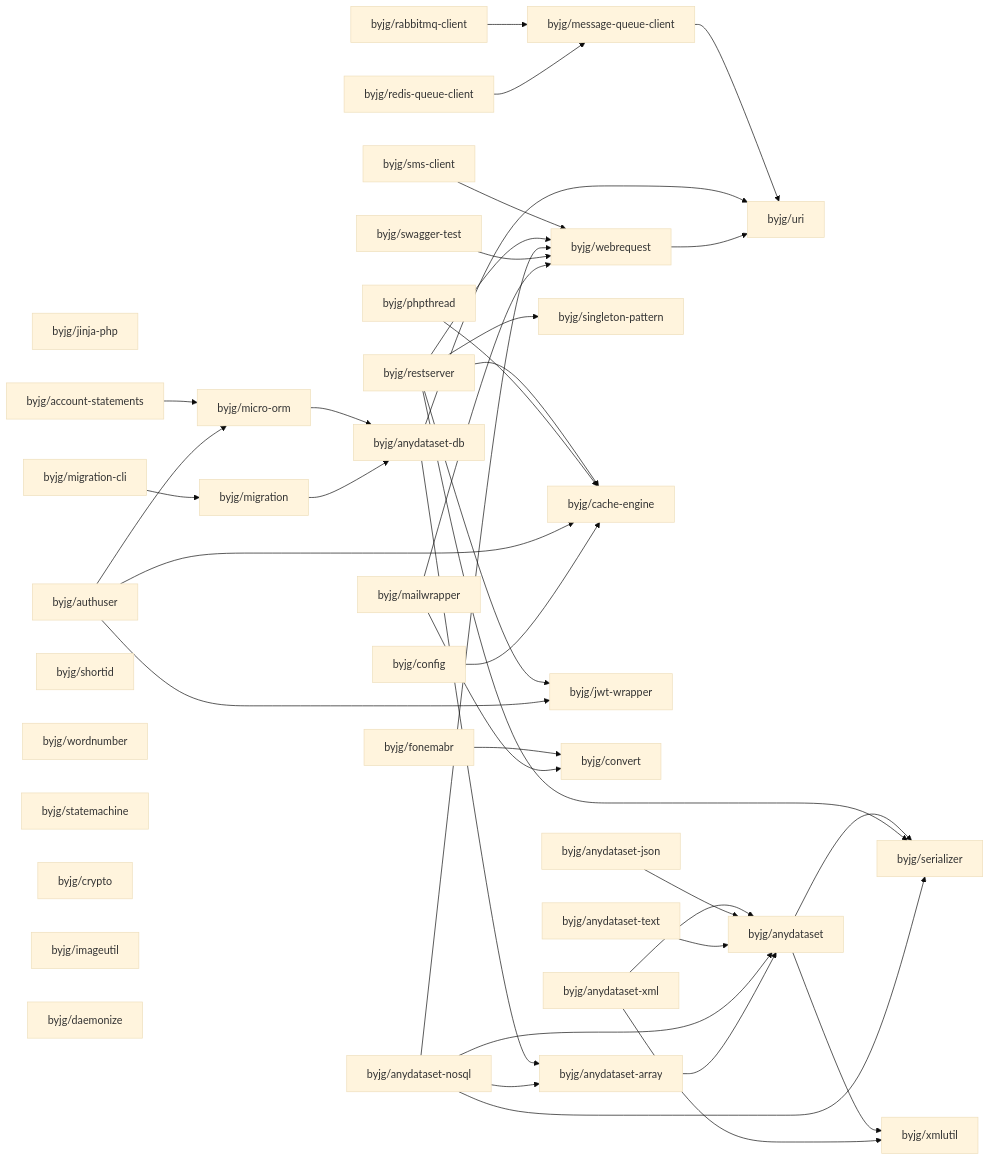
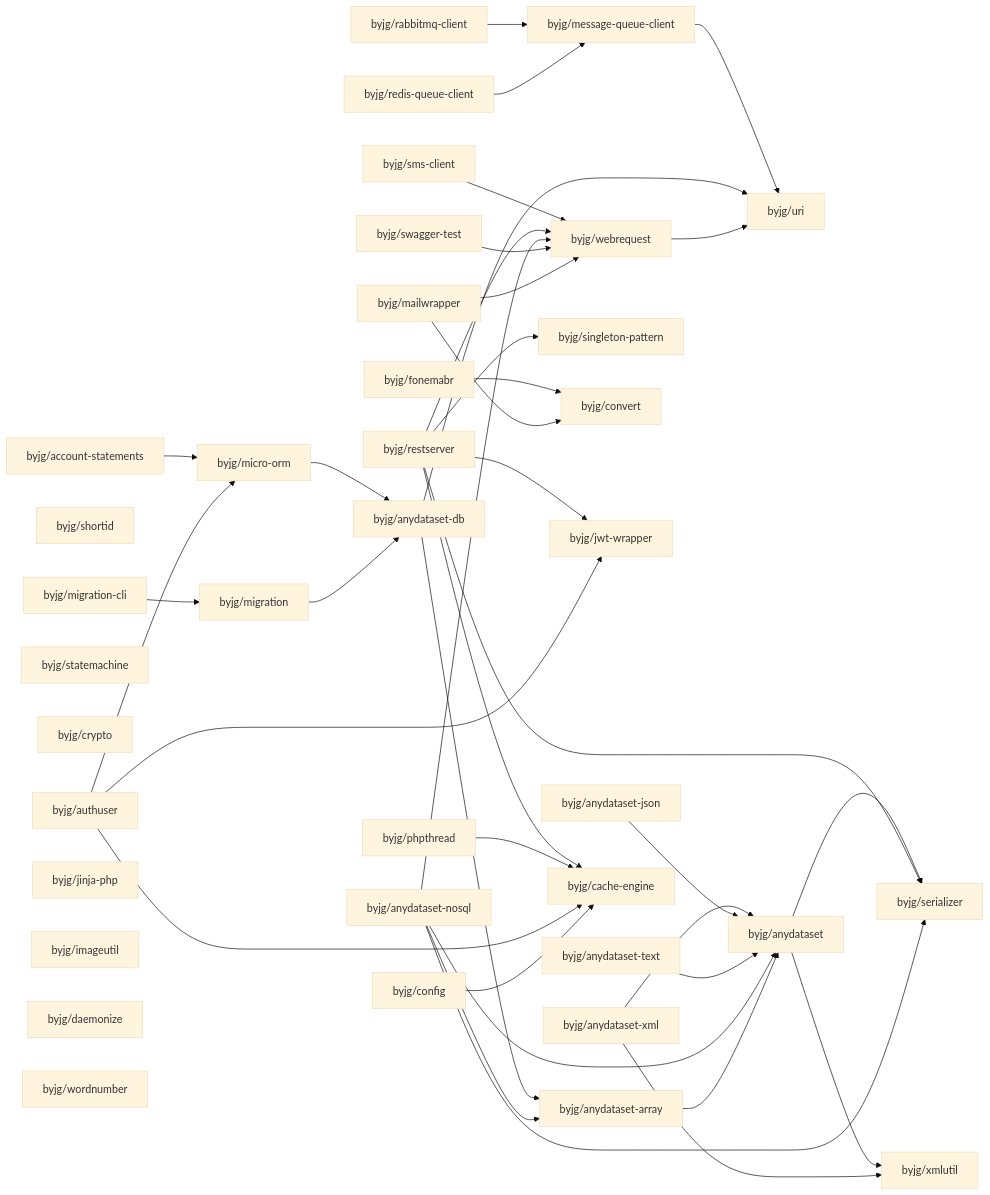
One commit to byjg/byjg.github.io changed the diagram in docs/php/README.md. Above: the diagram before and after it, drawn with Mermaid (base theme). The commit also changed other lines of this file, not shown here.

Commit message:
Update documentation 'php' 'php-micro-orm'

````diff
--- a/docs/php/README.md
+++ b/docs/php/README.md
@@ -3,76 +3,76 @@
 ```mermaid
 graph LR;
+  byjg/anydataset-text;
+  byjg/account-statements;
+  byjg/sms-client;
+  byjg/restserver;
+  byjg/mailwrapper;
+  byjg/shortid;
+  byjg/fonemabr;
+  byjg/anydataset-nosql;
+  byjg/authuser;
+  byjg/rabbitmq-client;
+  byjg/statemachine;
+  byjg/phpthread;
+  byjg/swagger-test;
+  byjg/redis-queue-client;
+  byjg/crypto;
+  byjg/config;
+  byjg/migration-cli;
   byjg/jinja-php;
-  byjg/migration-cli;
-  byjg/account-statements;
-  byjg/anydataset-nosql;
-  byjg/rabbitmq-client;
-  byjg/authuser;
   byjg/anydataset-json;
-  byjg/phpthread;
-  byjg/anydataset-text;
-  byjg/shortid;
-  byjg/wordnumber;
-  byjg/statemachine;
-  byjg/config;
-  byjg/mailwrapper;
-  byjg/crypto;
-  byjg/restserver;
   byjg/imageutil;
   byjg/daemonize;
+  byjg/wordnumber;
   byjg/anydataset-xml;
-  byjg/swagger-test;
-  byjg/fonemabr;
-  byjg/redis-queue-client;
-  byjg/sms-client;
+  byjg/singleton-pattern;
+  byjg/convert;
+  byjg/micro-orm;
+  byjg/jwt-wrapper;
+  byjg/webrequest;
+  byjg/message-queue-client;
+  byjg/cache-engine;
   byjg/migration;
-  byjg/micro-orm;
-  byjg/singleton-pattern;
-  byjg/cache-engine;
-  byjg/jwt-wrapper;
-  byjg/convert;
-  byjg/message-queue-client;
-  byjg/webrequest;
   byjg/anydataset-db;
   byjg/anydataset-array;
   byjg/uri;
   byjg/anydataset;
   byjg/serializer;
   byjg/xmlutil;
   byjg/account-statements --> byjg/micro-orm;
   byjg/message-queue-client --> byjg/uri;
   byjg/anydataset --> byjg/serializer;
   byjg/anydataset --> byjg/xmlutil;
   byjg/rabbitmq-client --> byjg/message-queue-client;
   byjg/anydataset-xml --> byjg/anydataset;
   byjg/anydataset-xml --> byjg/xmlutil;
   byjg/sms-client --> byjg/webrequest;
   byjg/anydataset-db --> byjg/anydataset-array;
   byjg/anydataset-db --> byjg/uri;
   byjg/micro-orm --> byjg/anydataset-db;
   byjg/anydataset-json --> byjg/anydataset;
   byjg/restserver --> byjg/serializer;
   byjg/restserver --> byjg/singleton-pattern;
   byjg/restserver --> byjg/cache-engine;
   byjg/restserver --> byjg/webrequest;
   byjg/restserver --> byjg/jwt-wrapper;
   byjg/webrequest --> byjg/uri;
   byjg/anydataset-text --> byjg/anydataset;
   byjg/redis-queue-client --> byjg/message-queue-client;
   byjg/phpthread --> byjg/cache-engine;
   byjg/authuser --> byjg/micro-orm;
   byjg/authuser --> byjg/cache-engine;
   byjg/authuser --> byjg/jwt-wrapper;
   byjg/config --> byjg/cache-engine;
   byjg/fonemabr --> byjg/convert;
   byjg/anydataset-nosql --> byjg/anydataset;
   byjg/anydataset-nosql --> byjg/anydataset-array;
   byjg/anydataset-nosql --> byjg/serializer;
   byjg/anydataset-nosql --> byjg/webrequest;
   byjg/anydataset-array --> byjg/anydataset;
   byjg/swagger-test --> byjg/webrequest;
   byjg/migration-cli --> byjg/migration;
   byjg/migration --> byjg/anydataset-db;
   byjg/mailwrapper --> byjg/convert;
   byjg/mailwrapper --> byjg/webrequest;
 ```
````
